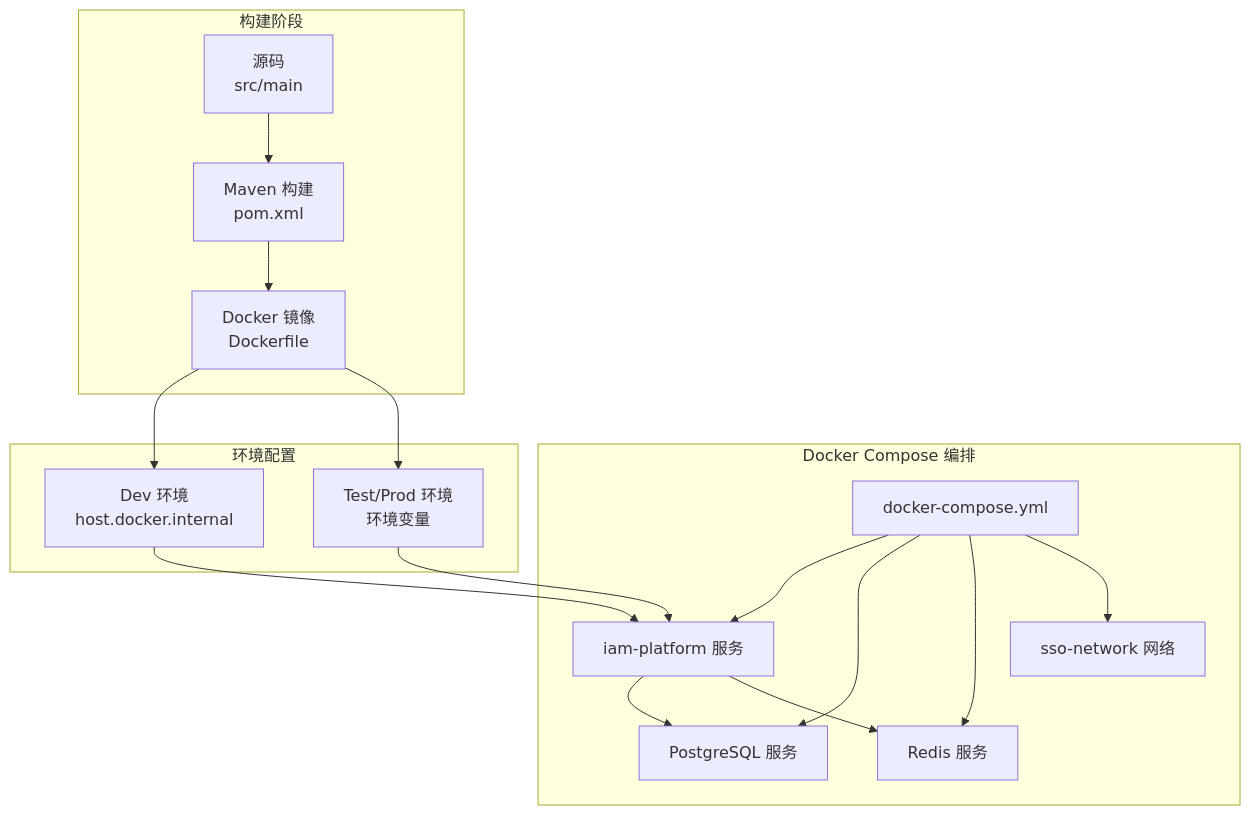
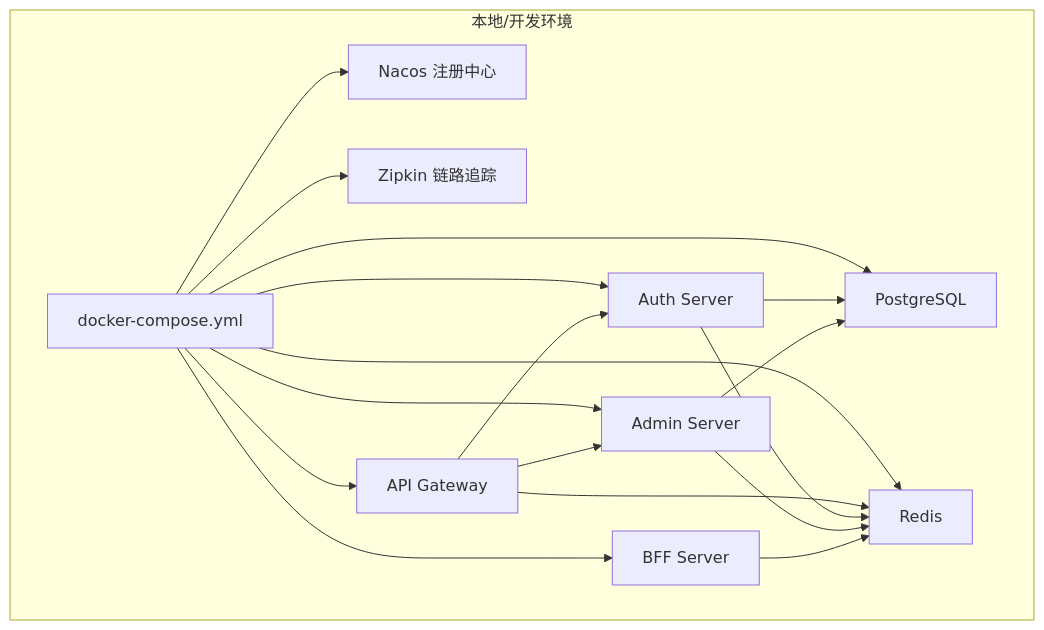
One commit to fq0121104930716/iam-platform changed the first of 5 diagrams in .qoder/repowiki/zh/content/部署运维/部署运维.md. Above: the diagram before and after it, drawn with Mermaid. The commit also changed other lines of this file and 222 other files, not shown here.

````diff
--- a/.qoder/repowiki/zh/content/部署运维/部署运维.md
+++ b/.qoder/repowiki/zh/content/部署运维/部署运维.md
@@ -94,28 +41,30 @@
 ```mermaid
 graph TB
-subgraph "构建阶段"
-SRC["源码<br/>src/main"] --> MVN["Maven 构建<br/>pom.xml"]
-MVN --> IMG["Docker 镜像<br/>Dockerfile"]
+subgraph "本地/开发环境"
+DC["docker-compose.yml"]
+NACOS["Nacos 注册中心"]
+PG["PostgreSQL"]
+RDS["Redis"]
+ZK["Zipkin 链路追踪"]
+GW["API Gateway"]
+AUTH["Auth Server"]
+ADMIN["Admin Server"]
+BFF["BFF Server"]
 end
-subgraph "Docker Compose 编排"
-DC["docker-compose.yml"]
-SVC1["iam-platform 服务"]
-SVC2["PostgreSQL 服务"]
-SVC3["Redis 服务"]
-NET["sso-network 网络"]
-DC --> SVC1
-DC --> SVC2
-DC --> SVC3
-DC --> NET
-end
-subgraph "环境配置"
-ENV1["Dev 环境<br/>host.docker.internal"]
-ENV2["Test/Prod 环境<br/>环境变量"]
-end
-IMG --> ENV1
-IMG --> ENV2
-ENV1 --> SVC1
-ENV2 --> SVC1
-SVC1 --> SVC2
-SVC1 --> SVC3
+DC --> NACOS
+DC --> PG
+DC --> RDS
+DC --> ZK
+DC --> GW
+DC --> AUTH
+DC --> ADMIN
+DC --> BFF
+GW --> AUTH
+GW --> ADMIN
+AUTH --> PG
+ADMIN --> PG
+GW --> RDS
+AUTH --> RDS
+ADMIN --> RDS
+BFF --> RDS
 ```
````
